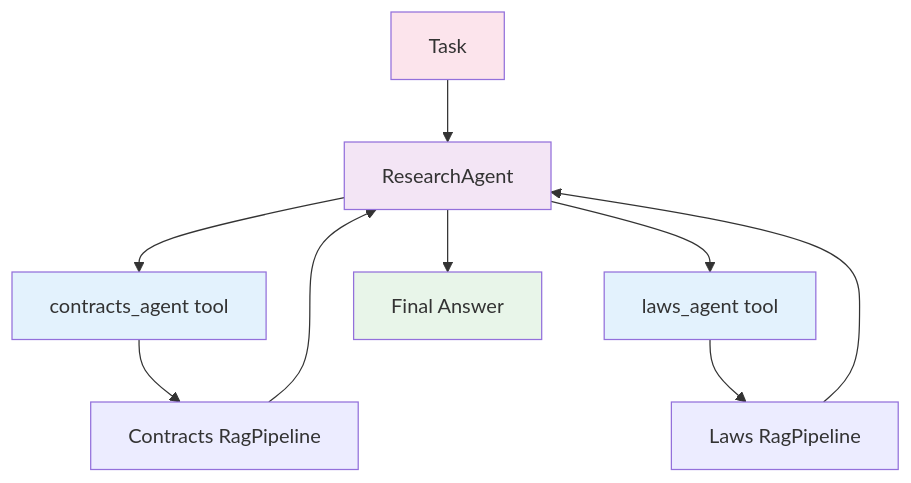
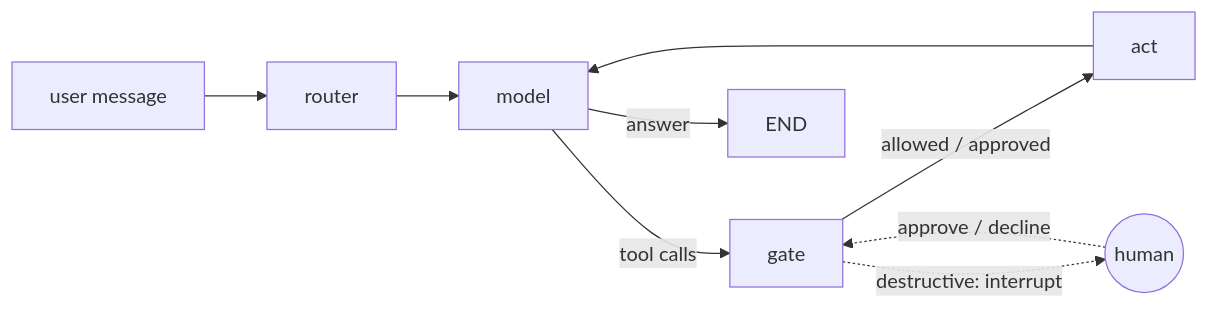
One commit to gmottola00/Quaerium changed the diagram in docs/guides/agents.md. Above: the diagram before and after it, drawn with Mermaid. The commit also changed other lines of this file and 74 other files, not shown here.

````diff
--- a/docs/guides/agents.md
+++ b/docs/guides/agents.md
@@ -561,17 +12,11 @@
 ```mermaid
-graph TD
-    Q[Task] --> RS[ResearchAgent]
-    RS --> SA1[contracts_agent tool]
-    RS --> SA2[laws_agent tool]
-    SA1 --> C[Contracts RagPipeline]
-    SA2 --> L[Laws RagPipeline]
-    C --> RS
-    L --> RS
-    RS --> A[Final Answer]
-
-    style Q fill:#fce4ec
-    style RS fill:#f3e5f5
-    style SA1 fill:#e3f2fd
-    style SA2 fill:#e3f2fd
-    style A fill:#e8f5e9
+graph LR
+    U[user message] --> R[router]
+    R --> M[model]
+    M -- tool calls --> G[gate]
+    M -- answer --> E[END]
+    G -- allowed / approved --> A[act]
+    G -. destructive: interrupt .-> H((human))
+    H -. approve / decline .-> G
+    A --> M
 ```
````
